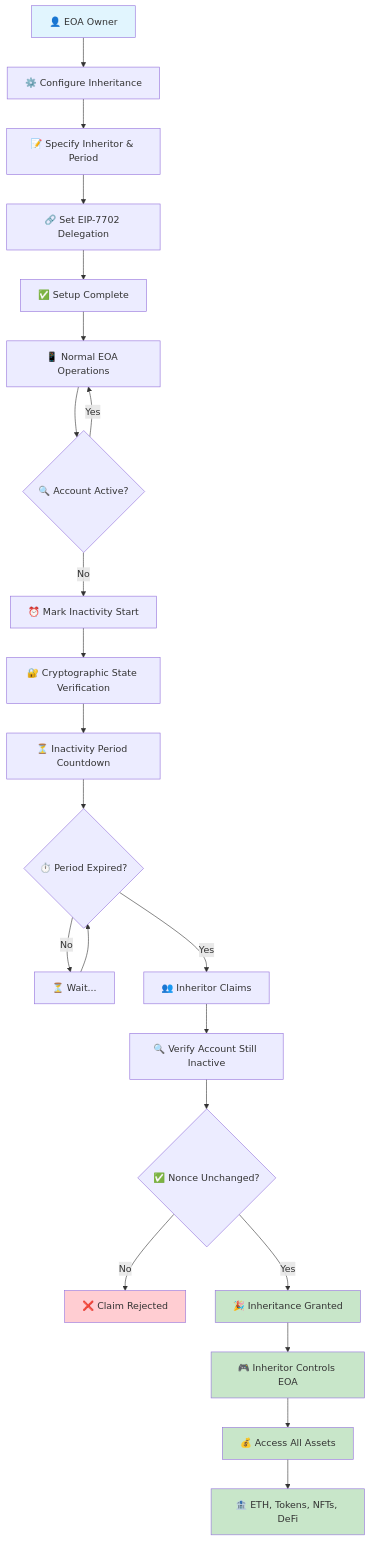
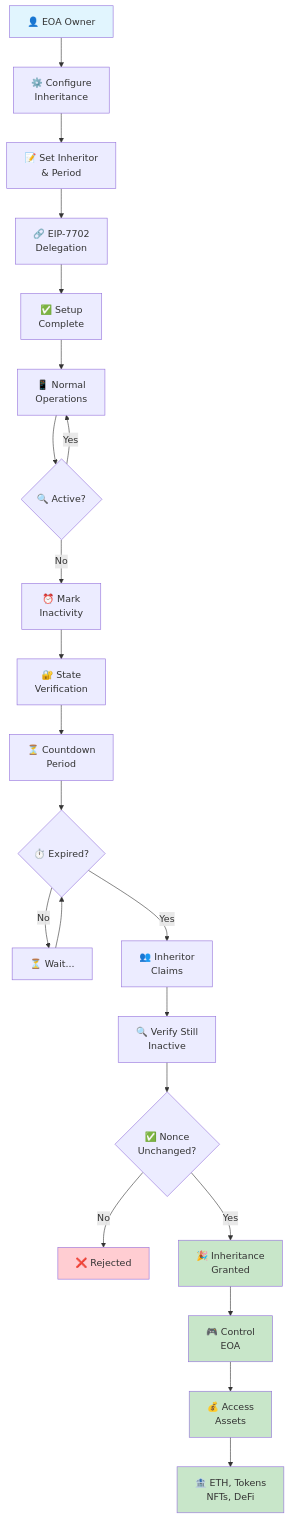
Before and after one commit to hadv/ethersafe: the diagram in README.md, drawn with Mermaid. The commit also changed other lines of this file, not shown here.

````diff
--- a/README.md
+++ b/README.md
@@ -17,35 +17,35 @@
 ```mermaid
 graph TD
-    A[👤 EOA Owner] --> B[⚙️ Configure Inheritance]
-    B --> C[📝 Specify Inheritor & Period]
-    C --> D[🔗 Set EIP-7702 Delegation]
-    D --> E[✅ Setup Complete]
+    A[👤 EOA Owner] --> B[⚙️ Configure<br/>Inheritance]
+    B --> C[📝 Set Inheritor<br/>& Period]
+    C --> D[🔗 EIP-7702<br/>Delegation]
+    D --> E[✅ Setup<br/>Complete]
 
-    E --> F[📱 Normal EOA Operations]
-    F --> G{🔍 Account Active?}
+    E --> F[📱 Normal<br/>Operations]
+    F --> G{🔍 Active?}
     G -->|Yes| F
-    G -->|No| H[⏰ Mark Inactivity Start]
+    G -->|No| H[⏰ Mark<br/>Inactivity]
 
-    H --> I[🔐 Cryptographic State Verification]
-    I --> J[⏳ Inactivity Period Countdown]
-    J --> K{⏱️ Period Expired?}
+    H --> I[🔐 State<br/>Verification]
+    I --> J[⏳ Countdown<br/>Period]
+    J --> K{⏱️ Expired?}
     K -->|No| L[⏳ Wait...]
     L --> K
-    K -->|Yes| M[👥 Inheritor Claims]
+    K -->|Yes| M[👥 Inheritor<br/>Claims]
 
-    M --> N[🔍 Verify Account Still Inactive]
-    N --> O{✅ Nonce Unchanged?}
-    O -->|No| P[❌ Claim Rejected]
-    O -->|Yes| Q[🎉 Inheritance Granted]
+    M --> N[🔍 Verify Still<br/>Inactive]
+    N --> O{✅ Nonce<br/>Unchanged?}
+    O -->|No| P[❌ Rejected]
+    O -->|Yes| Q[🎉 Inheritance<br/>Granted]
 
-    Q --> R[🎮 Inheritor Controls EOA]
-    R --> S[💰 Access All Assets]
-    S --> T[🏦 ETH, Tokens, NFTs, DeFi]
+    Q --> R[🎮 Control<br/>EOA]
+    R --> S[💰 Access<br/>Assets]
+    S --> T[🏦 ETH, Tokens<br/>NFTs, DeFi]
 
     style A fill:#e1f5fe
     style Q fill:#c8e6c9
     style R fill:#c8e6c9
     style S fill:#c8e6c9
     style T fill:#c8e6c9
     style P fill:#ffcdd2
 ```
````
